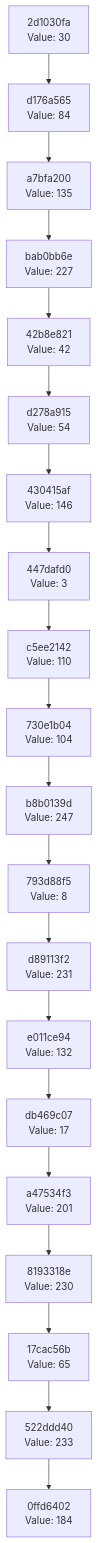
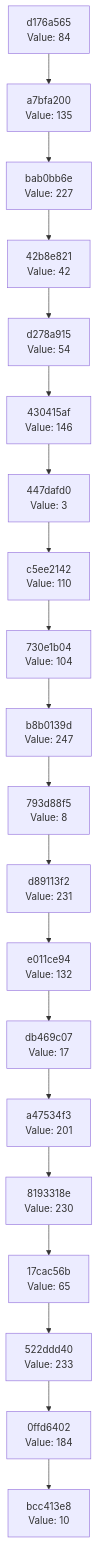
Before and after one commit to Abhisheksinha1506/hash-chain-evolver: the diagram in docs/CHAIN_VISUALIZATION.md, drawn with Mermaid. The commit also changed 3 other files, not shown here.

````diff
--- a/docs/CHAIN_VISUALIZATION.md
+++ b/docs/CHAIN_VISUALIZATION.md
@@ -3,42 +3,42 @@
 ```mermaid
 graph TD
-    C0["0ffd6402<br/>Value: 184"]
-    C1["522ddd40<br/>Value: 233"]
+    C0["bcc413e8<br/>Value: 10"]
+    C1["0ffd6402<br/>Value: 184"]
     C1 --> C0
-    C2["17cac56b<br/>Value: 65"]
+    C2["522ddd40<br/>Value: 233"]
     C2 --> C1
-    C3["8193318e<br/>Value: 230"]
+    C3["17cac56b<br/>Value: 65"]
     C3 --> C2
-    C4["a47534f3<br/>Value: 201"]
+    C4["8193318e<br/>Value: 230"]
     C4 --> C3
-    C5["db469c07<br/>Value: 17"]
+    C5["a47534f3<br/>Value: 201"]
     C5 --> C4
-    C6["e011ce94<br/>Value: 132"]
+    C6["db469c07<br/>Value: 17"]
     C6 --> C5
-    C7["d89113f2<br/>Value: 231"]
+    C7["e011ce94<br/>Value: 132"]
     C7 --> C6
-    C8["793d88f5<br/>Value: 8"]
+    C8["d89113f2<br/>Value: 231"]
     C8 --> C7
-    C9["b8b0139d<br/>Value: 247"]
+    C9["793d88f5<br/>Value: 8"]
     C9 --> C8
-    C10["730e1b04<br/>Value: 104"]
+    C10["b8b0139d<br/>Value: 247"]
     C10 --> C9
-    C11["c5ee2142<br/>Value: 110"]
+    C11["730e1b04<br/>Value: 104"]
     C11 --> C10
-    C12["447dafd0<br/>Value: 3"]
+    C12["c5ee2142<br/>Value: 110"]
     C12 --> C11
-    C13["430415af<br/>Value: 146"]
+    C13["447dafd0<br/>Value: 3"]
     C13 --> C12
-    C14["d278a915<br/>Value: 54"]
+    C14["430415af<br/>Value: 146"]
     C14 --> C13
-    C15["42b8e821<br/>Value: 42"]
+    C15["d278a915<br/>Value: 54"]
     C15 --> C14
-    C16["bab0bb6e<br/>Value: 227"]
+    C16["42b8e821<br/>Value: 42"]
     C16 --> C15
-    C17["a7bfa200<br/>Value: 135"]
+    C17["bab0bb6e<br/>Value: 227"]
     C17 --> C16
-    C18["d176a565<br/>Value: 84"]
+    C18["a7bfa200<br/>Value: 135"]
     C18 --> C17
-    C19["2d1030fa<br/>Value: 30"]
+    C19["d176a565<br/>Value: 84"]
     C19 --> C18
 ```
````
